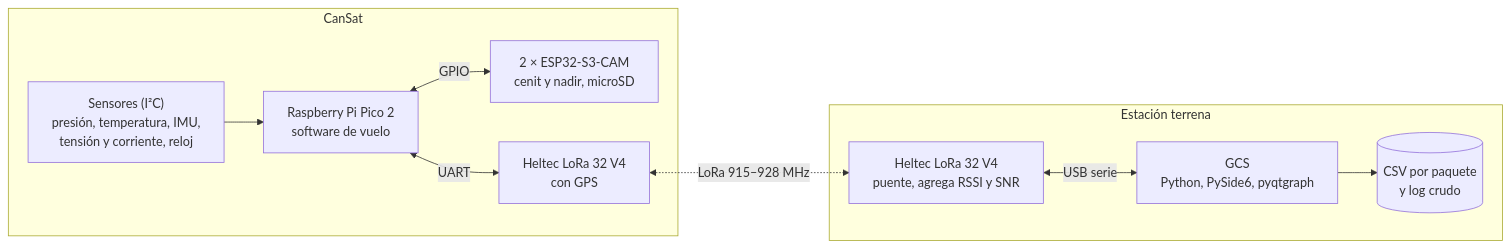
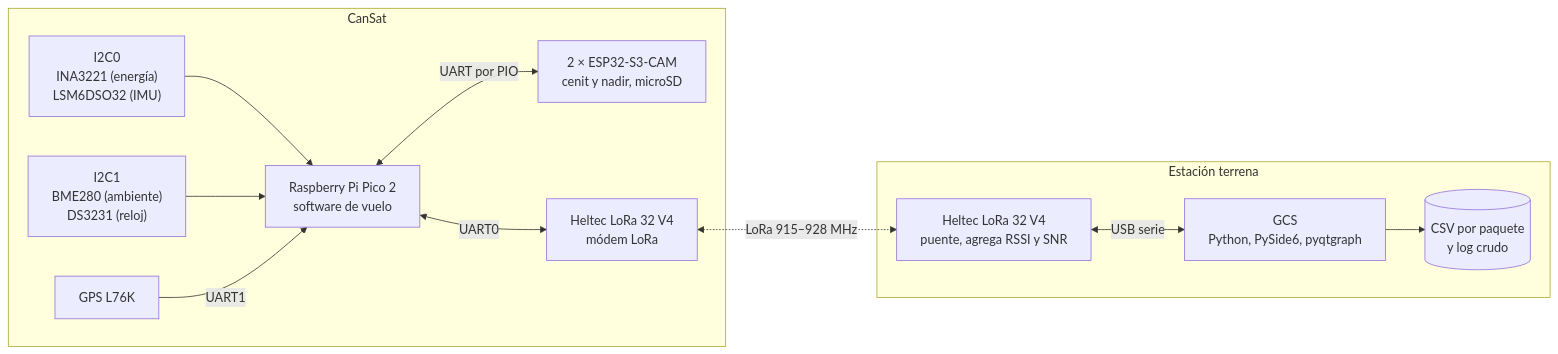
Before and after one commit to tenebrishv/avutardo: the diagram in README.md, drawn with Mermaid. The commit also changed other lines of this file and 5 other files, not shown here.

````diff
--- a/README.md
+++ b/README.md
@@ -29,20 +29,24 @@
 ```mermaid
 flowchart LR
     subgraph cansat["CanSat"]
-        sens["Sensores (I²C)<br/>presión, temperatura, IMU,<br/>tensión y corriente, reloj"]
+        i2c0["I2C0<br/>INA3221 (energía)<br/>LSM6DSO32 (IMU)"]
+        i2c1["I2C1<br/>BME280 (ambiente)<br/>DS3231 (reloj)"]
+        gps["GPS L76K"]
         pico["Raspberry Pi Pico 2<br/>software de vuelo"]
         cams["2 × ESP32-S3-CAM<br/>cenit y nadir, microSD"]
-        hb["Heltec LoRa 32 V4<br/>con GPS"]
-        sens --> pico
-        pico <-->|GPIO| cams
-        pico <-->|UART| hb
+        hb["Heltec LoRa 32 V4<br/>módem LoRa"]
+        i2c0 --> pico
+        i2c1 --> pico
+        gps -->|UART1| pico
+        pico <-->|"UART por PIO"| cams
+        pico <-->|UART0| hb
     end
     subgraph tierra["Estación terrena"]
         ht["Heltec LoRa 32 V4<br/>puente, agrega RSSI y SNR"]
         gcs["GCS<br/>Python, PySide6, pyqtgraph"]
         csv[("CSV por paquete<br/>y log crudo")]
         ht <-->|USB serie| gcs
         gcs --> csv
     end
     hb <-.->|"LoRa 915–928 MHz"| ht
 ```
````
